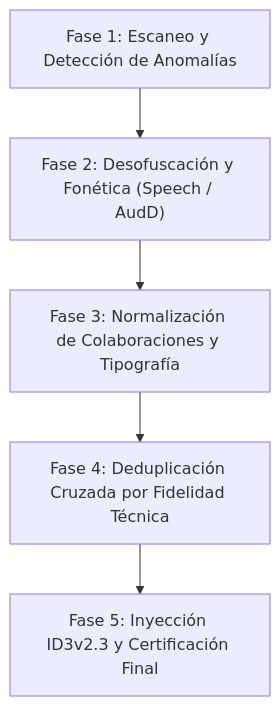
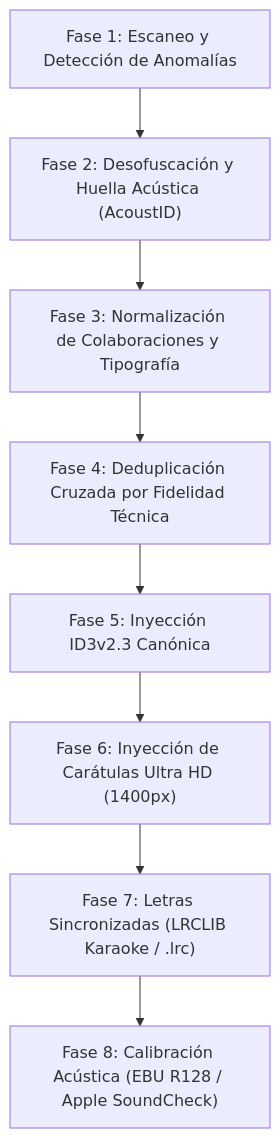
One commit to tecnoconectadosSIA/music-studio-curator changed the diagram in SKILL.md. Above: the diagram before and after it, drawn with Mermaid. The commit also changed other lines of this file, not shown here.

Commit message:
feat(skill): expand pipeline to 8 industrial phases with HD artwork, LRCLIB synced lyrics & EBU R128 loudness

````diff
--- a/SKILL.md
+++ b/SKILL.md
@@ -32,7 +32,10 @@
 ```mermaid
 flowchart TD
-    A["Fase 1: Escaneo y Detección de Anomalías"] --> B["Fase 2: Desofuscación y Fonética (Speech / AudD)"]
+    A["Fase 1: Escaneo y Detección de Anomalías"] --> B["Fase 2: Desofuscación y Huella Acústica (AcoustID)"]
     B --> C["Fase 3: Normalización de Colaboraciones y Tipografía"]
     C --> D["Fase 4: Deduplicación Cruzada por Fidelidad Técnica"]
-    D --> E["Fase 5: Inyección ID3v2.3 y Certificación Final"]
+    D --> E["Fase 5: Inyección ID3v2.3 Canónica"]
+    E --> F["Fase 6: Inyección de Carátulas Ultra HD (1400px)"]
+    F --> G["Fase 7: Letras Sincronizadas (LRCLIB Karaoke / .lrc)"]
+    G --> H["Fase 8: Calibración Acústica (EBU R128 / Apple SoundCheck)"]
 ```
````
